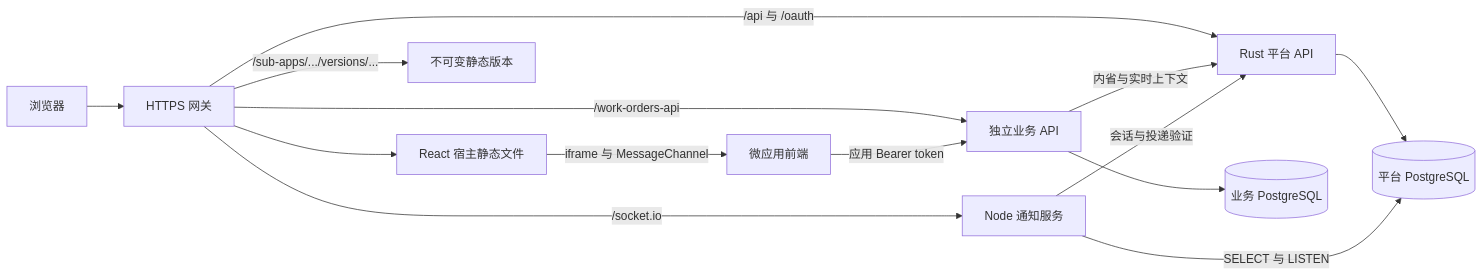
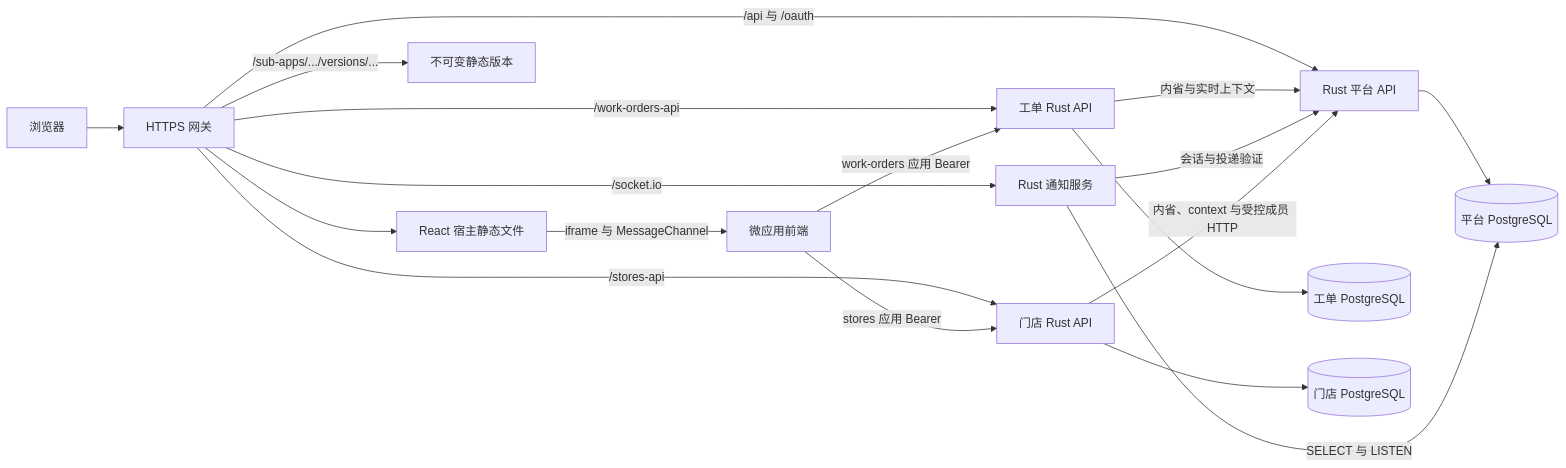
One commit to jackieonway/saas-plateform changed the first of 3 diagrams in docs/architecture.md. Above: the diagram before and after it, drawn with Mermaid. The commit also changed other lines of this file and 1036 other files, not shown here.

Commit message:
feat: advance SaaS platform authorization and Rust delivery architecture

````diff
--- a/docs/architecture.md
+++ b/docs/architecture.md
@@ -30,16 +50,20 @@
 ```mermaid
 flowchart LR
     U[浏览器] --> G[HTTPS 网关]
     G --> H[React 宿主静态文件]
     G -->|/api 与 /oauth| P[Rust 平台 API]
-    G -->|/socket.io| N[Node 通知服务]
-    G -->|/work-orders-api| B[独立业务 API]
+    G -->|/socket.io| N[Rust 通知服务]
+    G -->|/work-orders-api| B[工单 Rust API]
+    G -->|/stores-api| S[门店 Rust API]
     G -->|/sub-apps/.../versions/...| V[不可变静态版本]
     H -->|iframe 与 MessageChannel| M[微应用前端]
-    M -->|应用 Bearer token| B
+    M -->|work-orders 应用 Bearer| B
+    M -->|stores 应用 Bearer| S
     B -->|内省与实时上下文| P
     P --> PD[(平台 PostgreSQL)]
     N -->|SELECT 与 LISTEN| PD
     N -->|会话与投递验证| P
-    B --> BD[(业务 PostgreSQL)]
+    B --> BD[(工单 PostgreSQL)]
+    S -->|内省、context 与受控成员 HTTP| P
+    S --> SD[(门店 PostgreSQL)]
 ```
````
